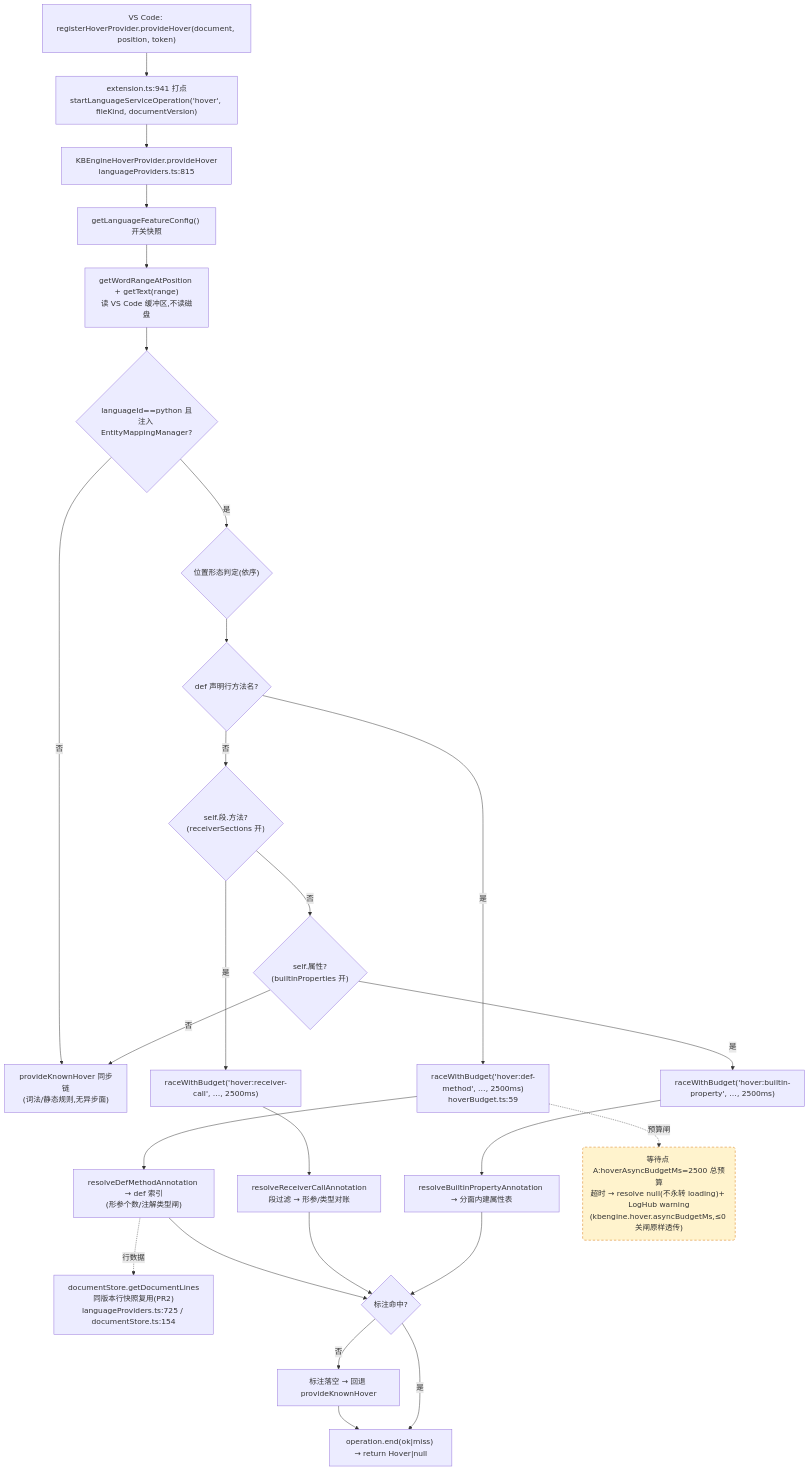
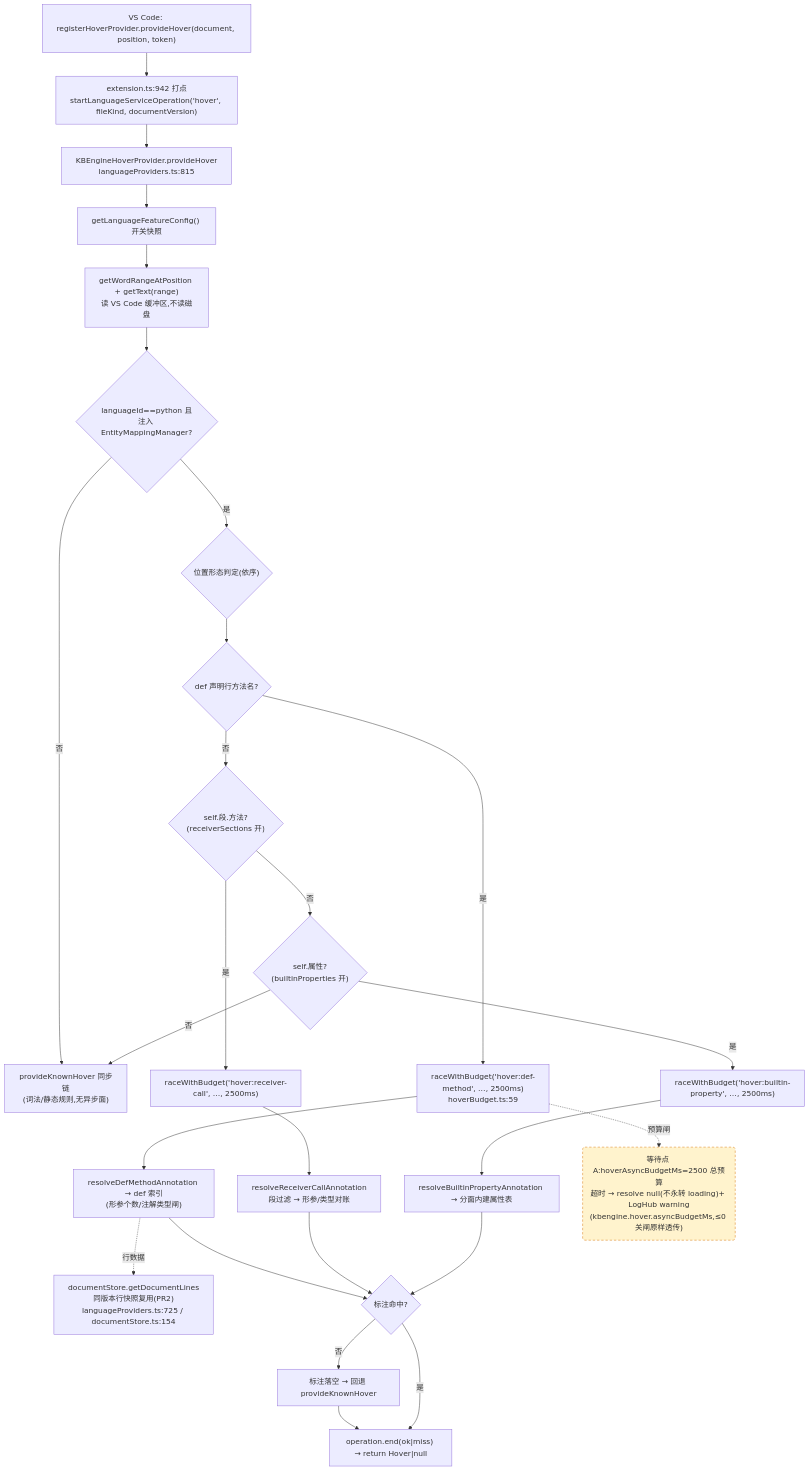
Before and after one commit to cuihairu/kode: the first of 4 diagrams in docs/perf/2026-baseline.md, drawn with Mermaid. The commit also changed other lines of this file and 18 other files, not shown here.

````diff
--- a/docs/perf/2026-baseline.md
+++ b/docs/perf/2026-baseline.md
@@ -82,45 +82,45 @@
 ```mermaid
 flowchart TD
   VC1["VS Code: registerHoverProvider.provideHover(document, position, token)"]
-  M1["extension.ts:941 打点<br/>startLanguageServiceOperation('hover', fileKind, documentVersion)"]
+  M1["extension.ts:942 打点<br/>startLanguageServiceOperation('hover', fileKind, documentVersion)"]
   HP["KBEngineHoverProvider.provideHover<br/>languageProviders.ts:815"]
   CFG["getLanguageFeatureConfig() 开关快照"]
   WORD["getWordRangeAtPosition + getText(range)<br/>读 VS Code 缓冲区,不读磁盘"]
   BR{"languageId==python 且<br/>注入 EntityMappingManager?"}
   KN["provideKnownHover 同步链<br/>(词法/静态规则,无异步面)"]
   POS{"位置形态判定(依序)"}
   D1{"def 声明行方法名?"}
   D2{"self.段.方法?<br/>(receiverSections 开)"}
   D3{"self.属性?<br/>(builtinProperties 开)"}
   RA1["raceWithBudget('hover:def-method', …, 2500ms)<br/>hoverBudget.ts:59"]
   RA2["raceWithBudget('hover:receiver-call', …, 2500ms)"]
   RA3["raceWithBudget('hover:builtin-property', …, 2500ms)"]
   RS1["resolveDefMethodAnnotation → def 索引<br/>(形参个数/注解类型闸)"]
   RS2["resolveReceiverCallAnnotation<br/>段过滤 → 形参/类型对账"]
   RS3["resolveBuiltinPropertyAnnotation → 分面内建属性表"]
   LINES["documentStore.getDocumentLines<br/>同版本行快照复用(PR2)<br/>languageProviders.ts:725 / documentStore.ts:154"]
   MISS["标注落空 → 回退 provideKnownHover"]
   END1["operation.end(ok|miss) → return Hover|null"]
 
   VC1 --> M1 --> HP --> CFG --> WORD --> BR
   BR -- "否" --> KN
   BR -- "是" --> POS --> D1
   D1 -- "是" --> RA1 --> RS1
   D1 -- "否" --> D2
   D2 -- "是" --> RA2 --> RS2
   D2 -- "否" --> D3
   D3 -- "是" --> RA3 --> RS3
   D3 -- "否" --> KN
   RS1 --> HIT{"标注命中?"}
   RS2 --> HIT
   RS3 --> HIT
   RS1 -.->|行数据| LINES
   HIT -- "否" --> MISS --> END1
   HIT -- "是" --> END1
 
   WAITA("等待点 A:hoverAsyncBudgetMs=2500 总预算<br/>超时 → resolve null(不永转 loading)+ LogHub warning<br/>(kbengine.hover.asyncBudgetMs,≤0 关闸原样透传)")
   RA1 -.->|预算闸| WAITA
 
   classDef waitPoint fill:#fff3cd,stroke:#d97706,stroke-dasharray:5 4;
   class WAITA waitPoint;
 ```
````
